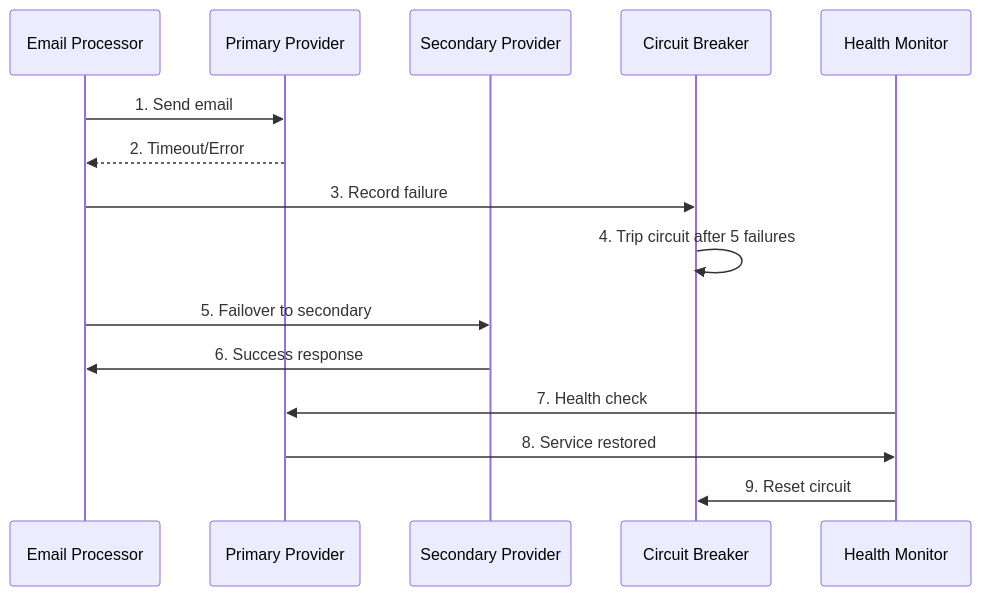
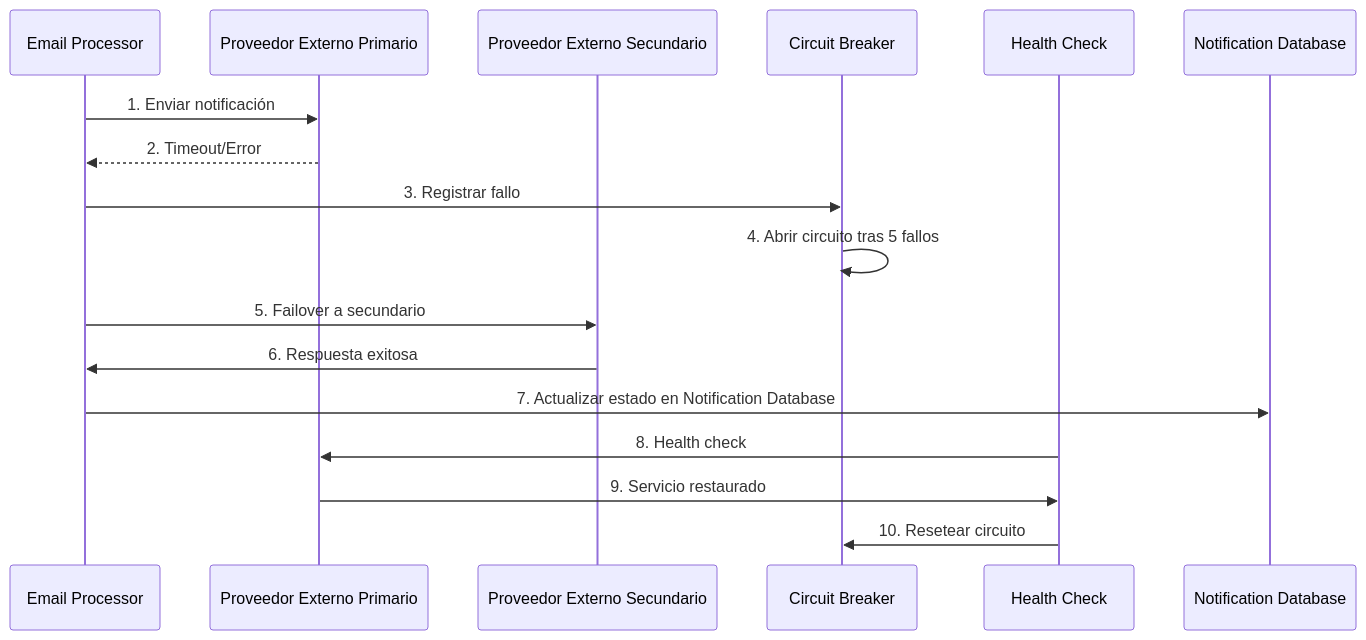
Before and after one commit to jclemente-tlm/tlm-doc-architecture: the second of 2 diagrams in docs/servicios-corporativos/servicio-notificacion/06-vista-tiempo-ejecucion.md, drawn with Mermaid. The commit also changed other lines of this file and 92 other files, not shown here.

````diff
--- a/docs/servicios-corporativos/servicio-notificacion/06-vista-tiempo-ejecucion.md
+++ b/docs/servicios-corporativos/servicio-notificacion/06-vista-tiempo-ejecucion.md
@@ -277,19 +97,21 @@
 ```mermaid
 sequenceDiagram
     participant Processor as Email Processor
-    participant Primary as Primary Provider
-    participant Secondary as Secondary Provider
-    participant Circuit as Circuit Breaker
-    participant Monitor as Health Monitor
+    participant ProveedorPrimario as Proveedor Externo Primario
+    participant ProveedorSecundario as Proveedor Externo Secundario
+    participant CircuitBreaker as Circuit Breaker
+    participant HealthCheck as Health Check
+    participant DB as Notification Database
 
-    Processor->>Primary: 1. Send email
-    Primary-->>Processor: 2. Timeout/Error
-    Processor->>Circuit: 3. Record failure
-    Circuit->>Circuit: 4. Trip circuit after 5 failures
-    Processor->>Secondary: 5. Failover to secondary
-    Secondary->>Processor: 6. Success response
+    Processor->>ProveedorPrimario: 1. Enviar notificación
+    ProveedorPrimario-->>Processor: 2. Timeout/Error
+    Processor->>CircuitBreaker: 3. Registrar fallo
+    CircuitBreaker->>CircuitBreaker: 4. Abrir circuito tras 5 fallos
+    Processor->>ProveedorSecundario: 5. Failover a secundario
+    ProveedorSecundario->>Processor: 6. Respuesta exitosa
+    Processor->>DB: 7. Actualizar estado en Notification Database
 
-    Monitor->>Primary: 7. Health check
-    Primary->>Monitor: 8. Service restored
-    Monitor->>Circuit: 9. Reset circuit
+    HealthCheck->>ProveedorPrimario: 8. Health check
+    ProveedorPrimario->>HealthCheck: 9. Servicio restaurado
+    HealthCheck->>CircuitBreaker: 10. Resetear circuito
 ```
````
